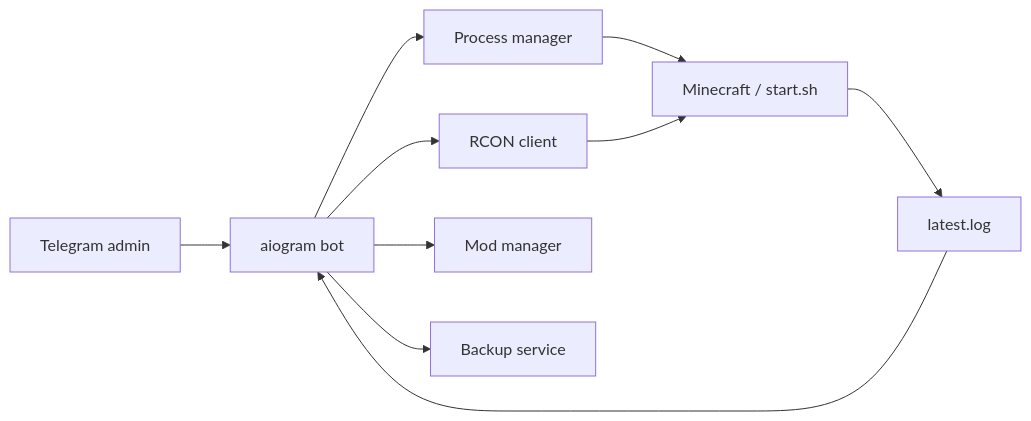
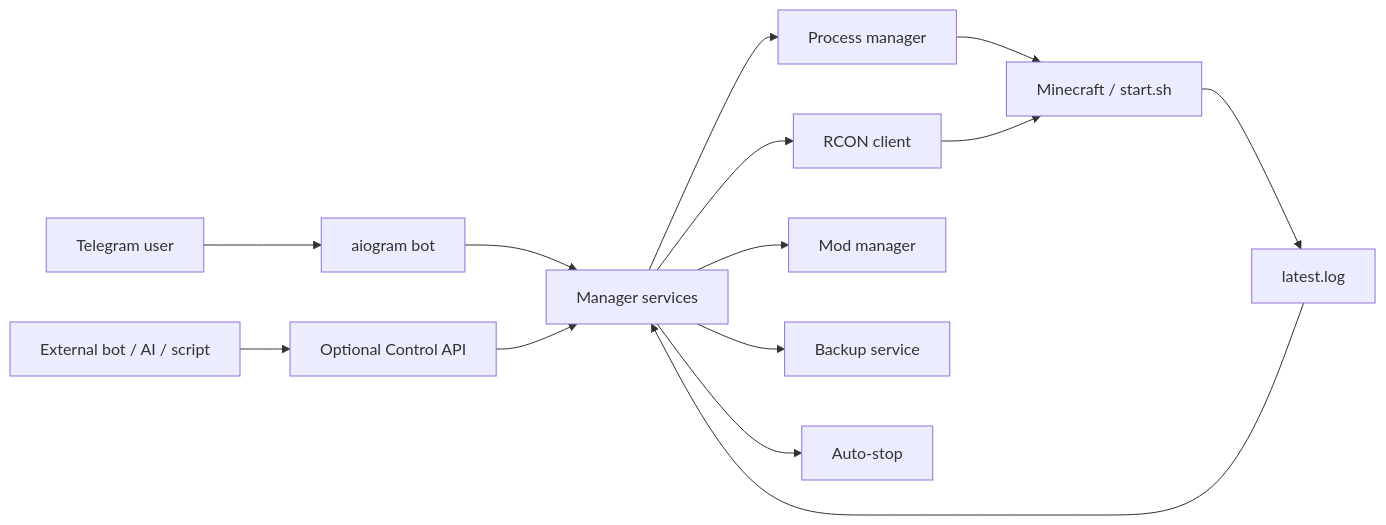
One commit to sqwiziiy/Telegram-Minecraft-Server-Manager changed the diagram in README.md. Above: the diagram before and after it, drawn with Mermaid. The commit also changed other lines of this file and 37 other files, not shown here.

First line of the commit message:
v1.1.0: multi-server manager, access control, auto-stop and external API

````diff
--- a/README.md
+++ b/README.md
@@ -41,12 +43,16 @@
 ```mermaid
 flowchart LR
-    TG[Telegram admin] --> BOT[aiogram bot]
-    BOT --> PM[Process manager]
-    BOT --> RCON[RCON client]
-    BOT --> MODS[Mod manager]
-    BOT --> BACKUP[Backup service]
+    TG[Telegram user] --> BOT[aiogram bot]
+    EXT[External bot / AI / script] --> API[Optional Control API]
+    BOT --> CORE[Manager services]
+    API --> CORE
+    CORE --> PM[Process manager]
+    CORE --> RCON[RCON client]
+    CORE --> MODS[Mod manager]
+    CORE --> BACKUP[Backup service]
+    CORE --> AUTO[Auto-stop]
     PM --> MC[Minecraft / start.sh]
     RCON --> MC
     MC --> LOG[latest.log]
-    LOG --> BOT
+    LOG --> CORE
 ```
````
